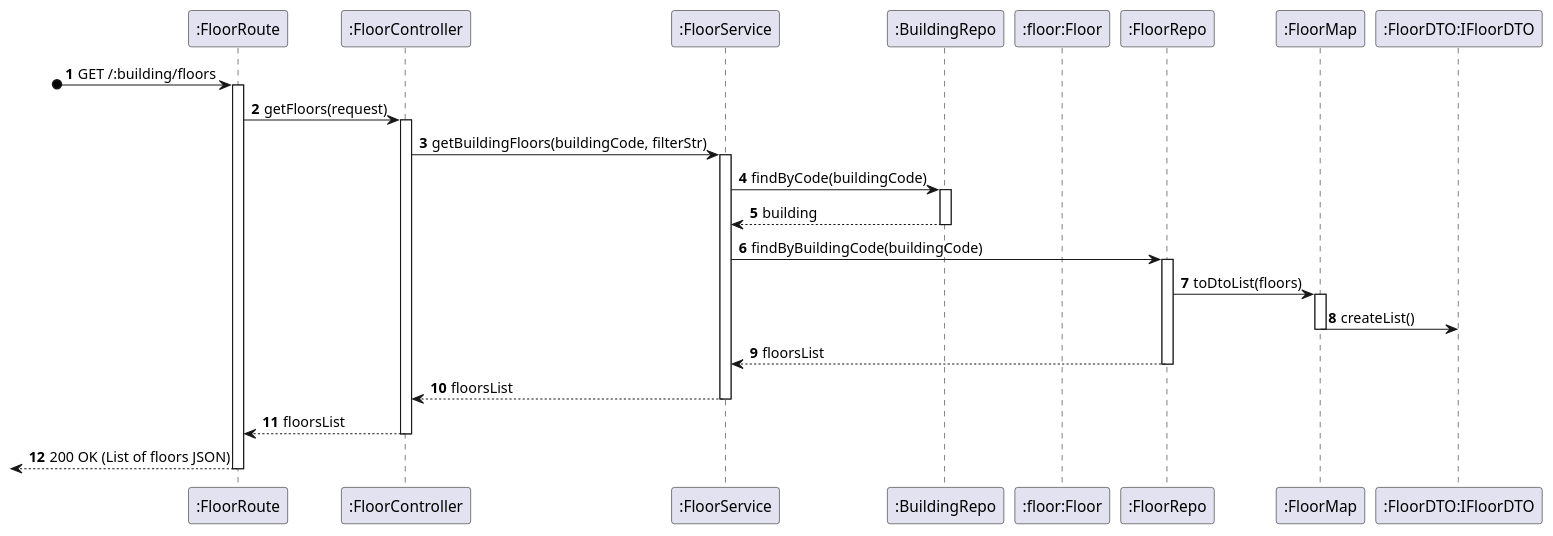
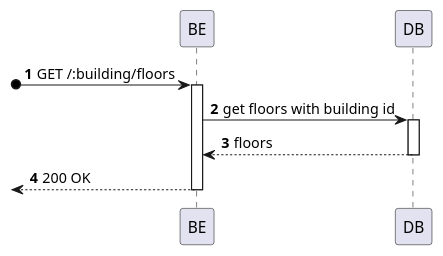
The diagram in _wiki/sprint-a/us16-300/views/level-3/process-view.puml (miseEnPlace-dev/lapr5), drawn with PlantUML before and after one commit. The commit also changed 11 other files, not shown here.

Commit message:
docs: updated level-3 diagrams

```diff
--- a/_wiki/sprint-a/us16-300/views/level-3/process-view.puml
+++ b/_wiki/sprint-a/us16-300/views/level-3/process-view.puml
@@ -1,38 +1,18 @@
 @startuml process-view
 autonumber
-participant ROUTE as ":FloorRoute"
-participant CTRL as ":FloorController"
-participant SRV as ":FloorService"
-participant REPOBUILDING as ":BuildingRepo"
-participant FLOOR as ":floor:Floor"
-participant REPO as ":FloorRepo"
-participant MAP as ":FloorMap"
-participant DTO as ":FloorDTO:IFloorDTO"
+participant BE as "BE"
+participant DB as "DB"
 
-?o-> ROUTE : GET /:building/floors
-activate ROUTE
+?o-> BE: GET /:building/floors
+activate BE
 
-ROUTE -> CTRL : getFloors(request)
-activate CTRL
-CTRL -> SRV : getBuildingFloors(buildingCode, filterStr)
-activate SRV
-SRV -> REPOBUILDING : findByCode(buildingCode)
-activate REPOBUILDING
-REPOBUILDING --> SRV : building
-deactivate REPOBUILDING
-SRV -> REPO : findByBuildingCode(buildingCode)
-activate REPO
-REPO -> MAP : toDtoList(floors)
-activate MAP
-MAP -> DTO : createList()
-deactivate MAP
-REPO --> SRV : floorsList
-deactivate REPO
-SRV --> CTRL : floorsList
-deactivate SRV
-CTRL --> ROUTE : floorsList
-deactivate CTRL
-<-- ROUTE : 200 OK (List of floors JSON)
-deactivate ROUTE
+BE -> DB : get floors with building id
+activate DB
+
+DB --> BE : floors
+deactivate DB
+
+<-- BE: 200 OK
+deactivate BE
 
 @enduml
```
